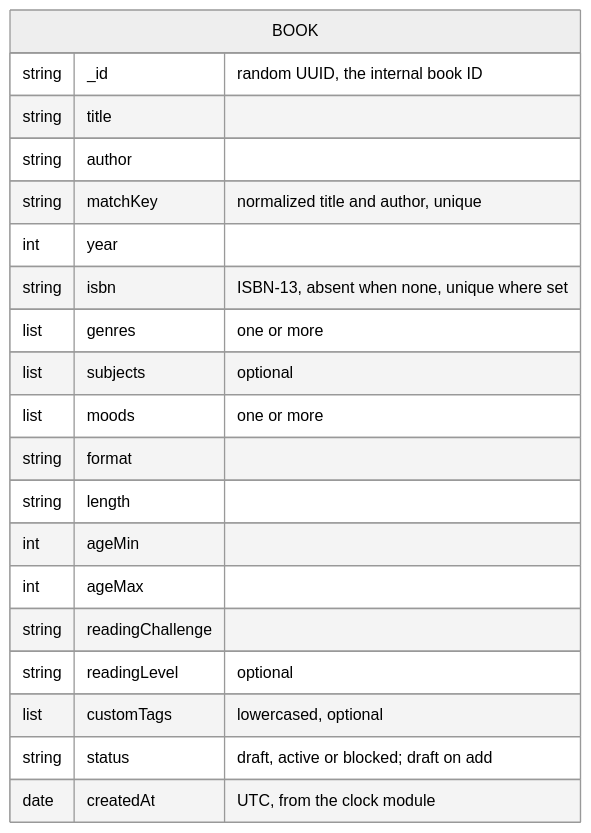
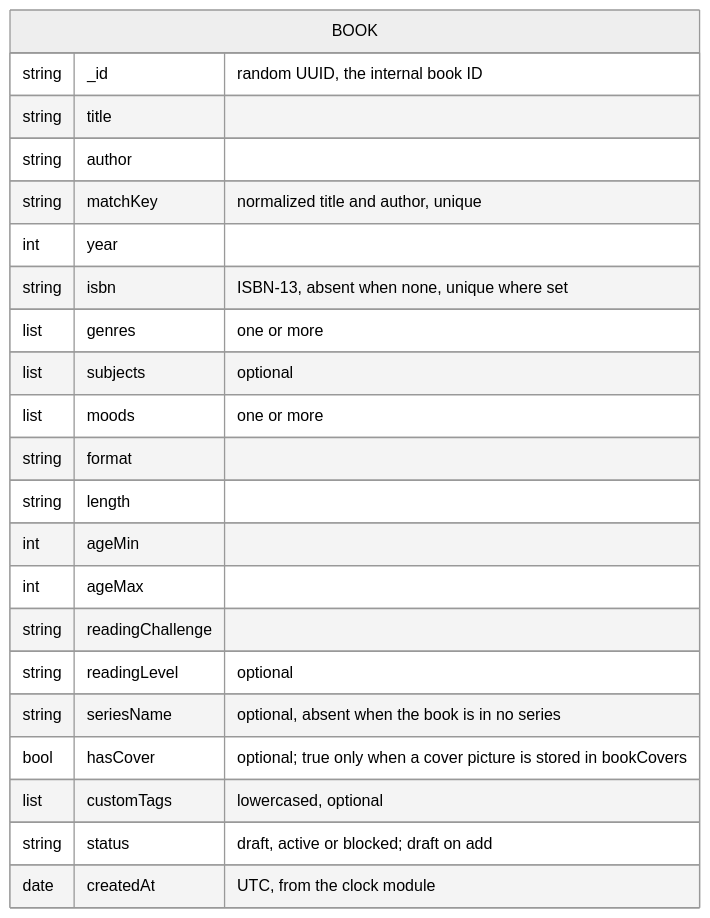
The third of 3 diagrams in design/adm.md (videogames21/book_buddies), drawn with Mermaid (neutral theme) before and after one commit. The commit also changed other lines of this file and 3 other files, not shown here.

````diff
--- a/design/adm.md
+++ b/design/adm.md
@@ -190,23 +197,25 @@
 ```mermaid
 erDiagram
     BOOK {
         string _id "random UUID, the internal book ID"
         string title
         string author
         string matchKey "normalized title and author, unique"
         int year
         string isbn "ISBN-13, absent when none, unique where set"
         list genres "one or more"
         list subjects "optional"
         list moods "one or more"
         string format
         string length
         int ageMin
         int ageMax
         string readingChallenge
         string readingLevel "optional"
+        string seriesName "optional, absent when the book is in no series"
+        bool hasCover "optional; true only when a cover picture is stored in bookCovers"
         list customTags "lowercased, optional"
         string status "draft, active or blocked; draft on add"
         date createdAt "UTC, from the clock module"
     }
 ```
````
